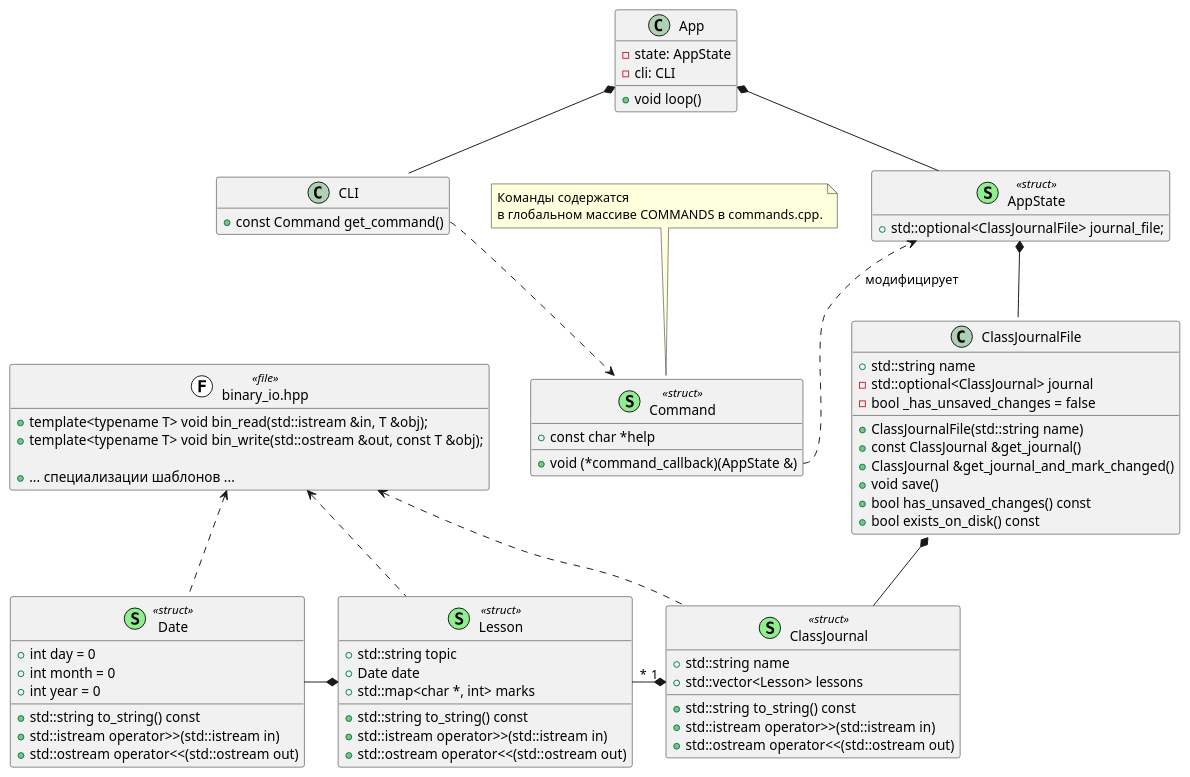
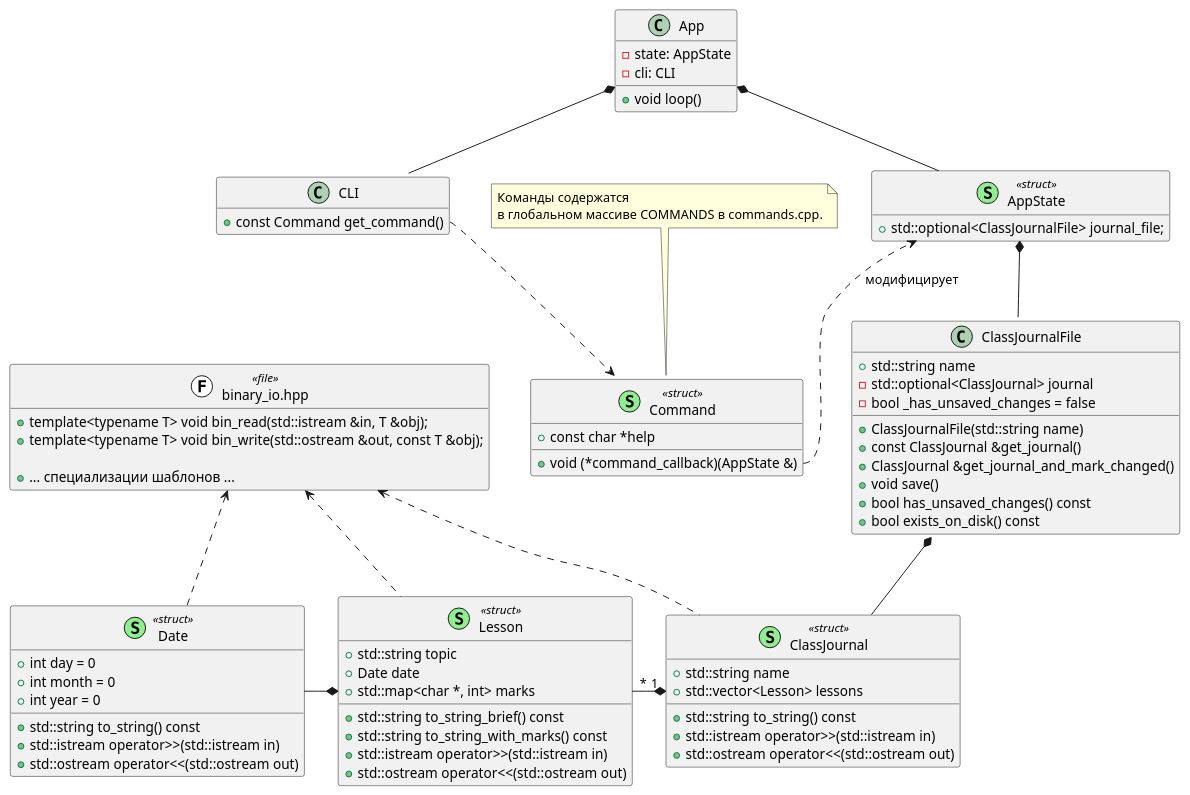
One commit to pivandco/university changed the diagram in IOOverride/9/classes.puml. Above: the diagram before and after it, drawn with PlantUML. The commit also changed 11 other files, not shown here.

```diff
--- a/IOOverride/9/classes.puml
+++ b/IOOverride/9/classes.puml
@@ -1,96 +1,97 @@
 @startuml IO_Override_9
 
 hide empty members
 remove FileIsEmptyException
 set namespaceSeparator none
 
 class App {
     - state: AppState
     - cli: CLI
 
     + void loop()
 }
 App *-- CLI
 App *-- AppState
 
 together {
     class CLI {
         + const Command get_command()
     }
     ' App ..> Command : получает
     CLI::get_command ..> Command
 
     class AppState <<(S,lightgreen) struct>> {
         + std::optional<ClassJournalFile> journal_file;
     }
     AppState *-- ClassJournalFile
 }
 
 class Command <<(S,lightgreen) struct>> {
     + const char *help
     + void (*command_callback)(AppState &)
 }
 note top : Команды содержатся\nв глобальном массиве COMMANDS в commands.cpp.
 Command::command_callback ..> AppState : модифицирует
 
 together {
     class ClassJournalFile {
         + std::string name
         - std::optional<ClassJournal> journal
         - bool _has_unsaved_changes = false
 
         + ClassJournalFile(std::string name)
         + const ClassJournal &get_journal()
         + ClassJournal &get_journal_and_mark_changed()
         + void save()
         + bool has_unsaved_changes() const
         + bool exists_on_disk() const
     }
     ClassJournalFile *-- ClassJournal
 
     class ClassJournal <<(S,lightgreen) struct>> {
         + std::string name
         + std::vector<Lesson> lessons
 
         + std::string to_string() const
         + std::istream operator>>(std::istream in)
         + std::ostream operator<<(std::ostream out)
     }
     ClassJournal "1" *- "*" Lesson
 }
 
 class FileIsEmptyException <<(E,red) exception>>
 FileIsEmptyException <. ClassJournalFile::load
 
 class Lesson <<(S,lightgreen) struct>> {
     + std::string topic
     + Date date
     + std::map<char *, int> marks
 
-    + std::string to_string() const
+    + std::string to_string_brief() const
+    + std::string to_string_with_marks() const
     + std::istream operator>>(std::istream in)
     + std::ostream operator<<(std::ostream out)
 }
 Lesson *- Date
 
 class Date <<(S,lightgreen) struct>> {
     + int day = 0
     + int month = 0
     + int year = 0
 
     + std::string to_string() const
     + std::istream operator>>(std::istream in)
     + std::ostream operator<<(std::ostream out)
 }
 
 class binary_io.hpp <<(F,white) file>> {
     + template<typename T> void bin_read(std::istream &in, T &obj);
     + template<typename T> void bin_write(std::ostream &out, const T &obj);
 
     + {method} ... специализации шаблонов ...
 }
 binary_io.hpp <.. ClassJournal
 binary_io.hpp <.. Lesson
 binary_io.hpp <.. Date
 
 @enduml
```
